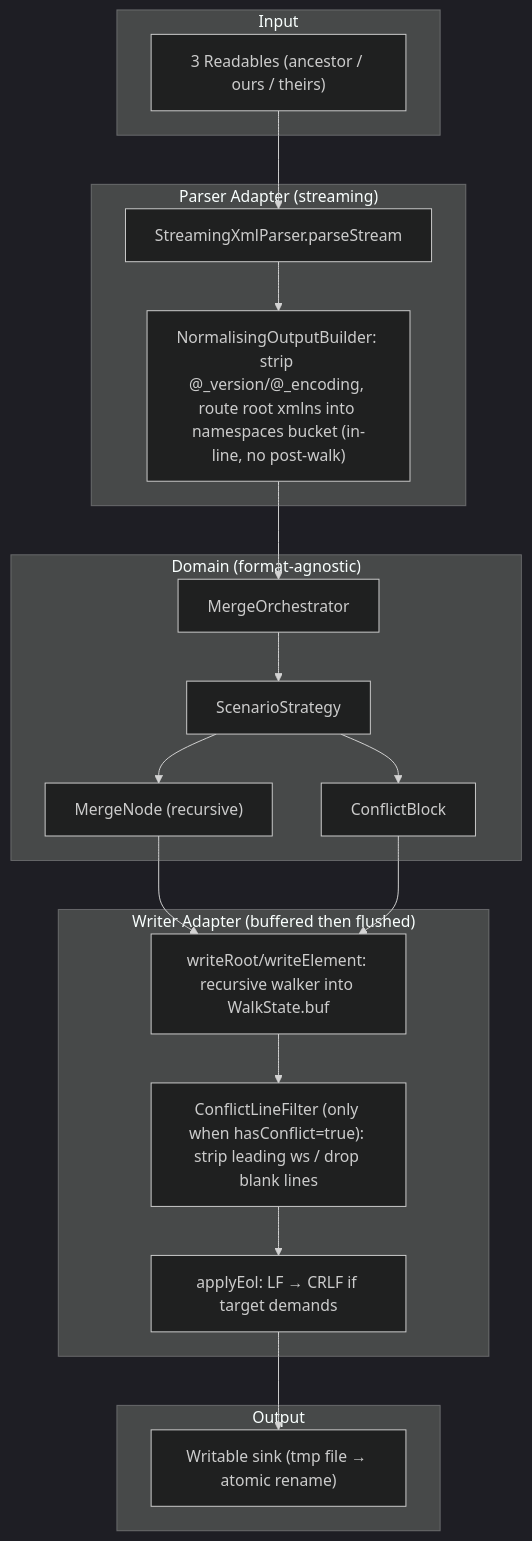
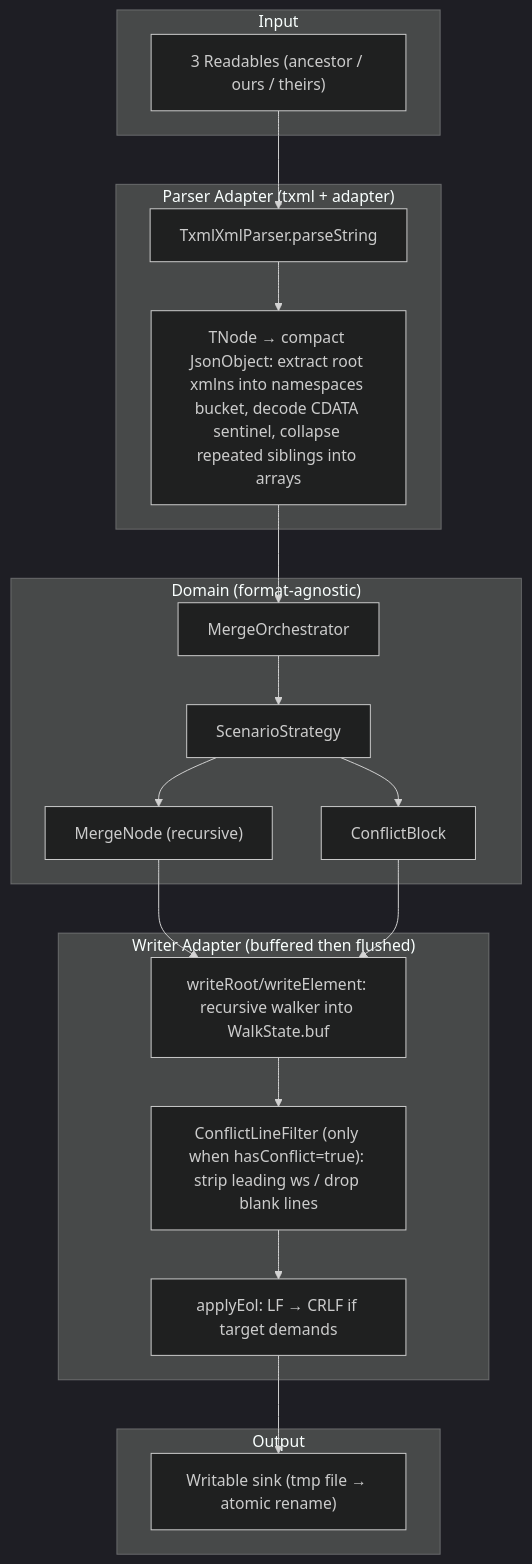
One commit to scolladon/sf-git-merge-driver changed the sixth of 8 diagrams in DESIGN.md. Above: the diagram before and after it, drawn with Mermaid (dark theme). The commit also changed other lines of this file and 14 other files, not shown here.

````diff
--- a/DESIGN.md
+++ b/DESIGN.md
@@ -285,36 +279,36 @@
 ```mermaid
 flowchart TD
     subgraph Input
         XML["3 Readables (ancestor / ours / theirs)"]
     end
 
-    subgraph "Parser Adapter (streaming)"
-        Parse["StreamingXmlParser.parseStream"]
-        Normalise["NormalisingOutputBuilder: strip @_version/@_encoding, route root xmlns into namespaces bucket (in-line, no post-walk)"]
+    subgraph "Parser Adapter (txml + adapter)"
+        Parse["TxmlXmlParser.parseString"]
+        Normalise["TNode → compact JsonObject: extract root xmlns into namespaces bucket, decode CDATA sentinel, collapse repeated siblings into arrays"]
     end
 
     subgraph "Domain (format-agnostic)"
         Orchestrator["MergeOrchestrator"]
         Strategy["ScenarioStrategy"]
         Nodes["MergeNode (recursive)"]
         Conflict["ConflictBlock"]
     end
 
     subgraph "Writer Adapter (buffered then flushed)"
         Walk["writeRoot/writeElement: recursive walker into WalkState.buf"]
         Filter["ConflictLineFilter (only when hasConflict=true): strip leading ws / drop blank lines"]
         Eol["applyEol: LF → CRLF if target demands"]
     end
 
     subgraph Output
         Result["Writable sink (tmp file → atomic rename)"]
     end
 
     XML --> Parse --> Normalise --> Orchestrator
     Orchestrator --> Strategy
     Strategy --> Nodes
     Strategy --> Conflict
     Nodes --> Walk
     Conflict --> Walk
     Walk --> Filter --> Eol --> Result
 ```
````
